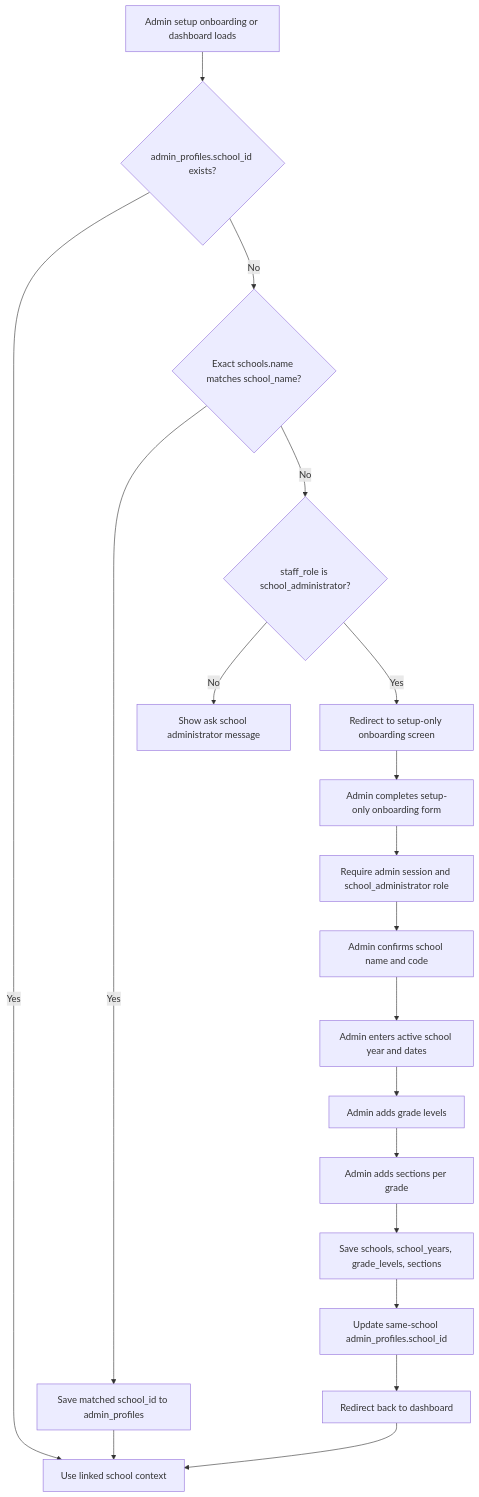
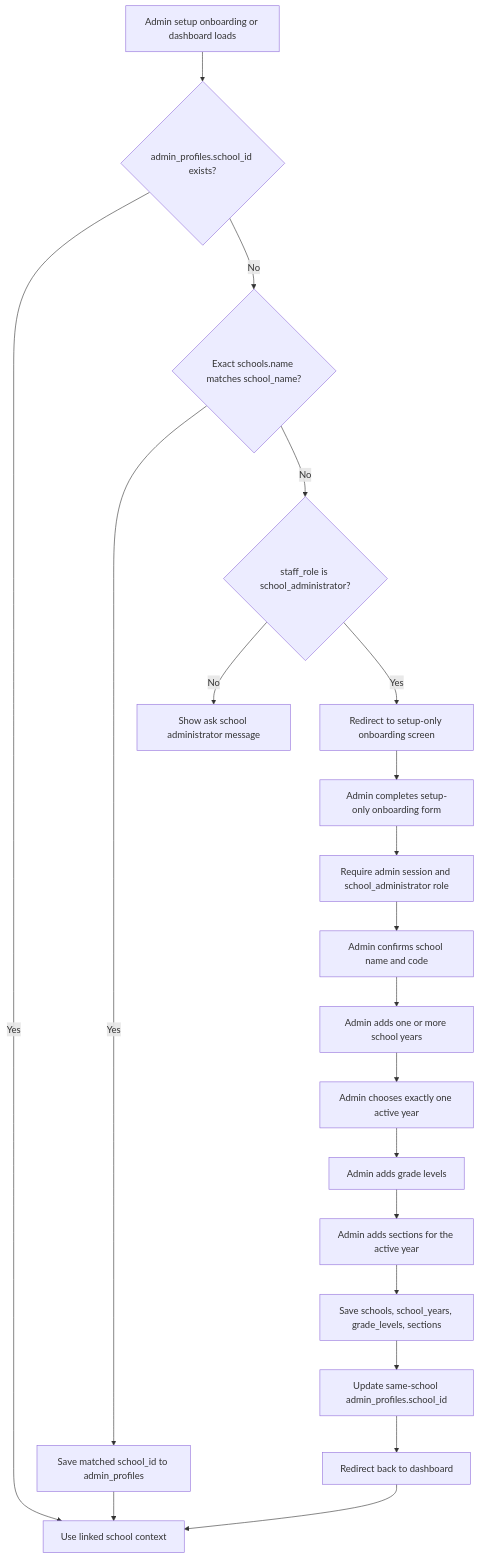
The fourth of 17 diagrams in docs/PROJECT_FLOWCHARTS.md (Xeyn19/xmetapay), drawn with Mermaid before and after one commit. The commit also changed other lines of this file and 16 other files, not shown here.

````diff
--- a/docs/PROJECT_FLOWCHARTS.md
+++ b/docs/PROJECT_FLOWCHARTS.md
@@ -159,21 +159,22 @@
 ```mermaid
 flowchart TD
   A["Admin setup onboarding or dashboard loads"] --> B{"admin_profiles.school_id exists?"}
   B -->|Yes| C["Use linked school context"]
   B -->|No| D{"Exact schools.name matches school_name?"}
   D -->|Yes| E["Save matched school_id to admin_profiles"]
   E --> C
   D -->|No| F{"staff_role is school_administrator?"}
   F -->|No| G["Show ask school administrator message"]
   F -->|Yes| H["Redirect to setup-only onboarding screen"]
   H --> I["Admin completes setup-only onboarding form"]
   I --> J["Require admin session and school_administrator role"]
   J --> K["Admin confirms school name and code"]
-  K --> L["Admin enters active school year and dates"]
-  L --> M["Admin adds grade levels"]
-  M --> N["Admin adds sections per grade"]
-  N --> O["Save schools, school_years, grade_levels, sections"]
-  O --> P["Update same-school admin_profiles.school_id"]
-  P --> Q["Redirect back to dashboard"]
-  Q --> C
+  K --> L["Admin adds one or more school years"]
+  L --> M["Admin chooses exactly one active year"]
+  M --> N["Admin adds grade levels"]
+  N --> O["Admin adds sections for the active year"]
+  O --> P["Save schools, school_years, grade_levels, sections"]
+  P --> Q["Update same-school admin_profiles.school_id"]
+  Q --> R["Redirect back to dashboard"]
+  R --> C
 ```
````
